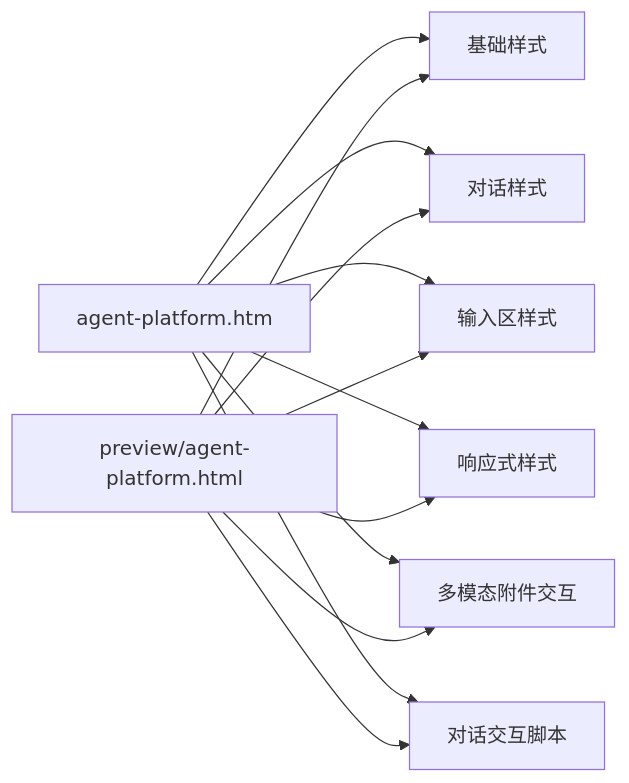
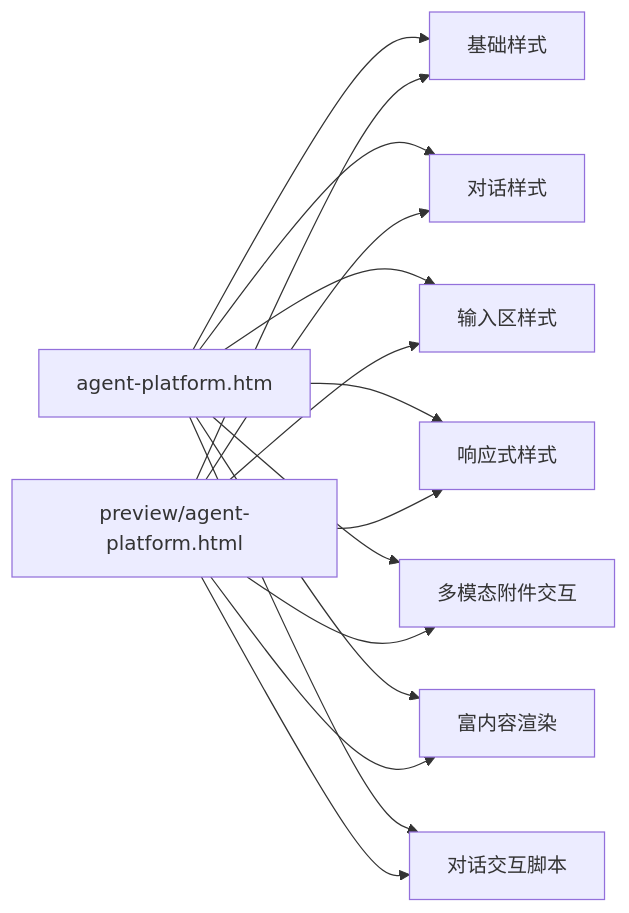
Before and after one commit to yiting001/agent: the first of 3 diagrams in docs/modules/agent-eyoucms-page.md, drawn with Mermaid. The commit also changed other lines of this file and 12 other files, not shown here.

Commit message:
feat: Eyou 模板支持富内容渲染并统一图标库

````diff
--- a/docs/modules/agent-eyoucms-page.md
+++ b/docs/modules/agent-eyoucms-page.md
@@ -48,24 +51,27 @@
 ```mermaid
 flowchart LR
   Eyou[agent-platform.htm]
   Preview[preview/agent-platform.html]
   Foundation[基础样式]
   Chat[对话样式]
   Composer[输入区样式]
   Responsive[响应式样式]
   Attachments[多模态附件交互]
+  Rich[富内容渲染]
   Script[对话交互脚本]
 
   Eyou --> Foundation
   Eyou --> Chat
   Eyou --> Composer
   Eyou --> Responsive
   Eyou --> Attachments
+  Eyou --> Rich
   Eyou --> Script
   Preview --> Foundation
   Preview --> Chat
   Preview --> Composer
   Preview --> Responsive
   Preview --> Attachments
+  Preview --> Rich
   Preview --> Script
 ```
````
